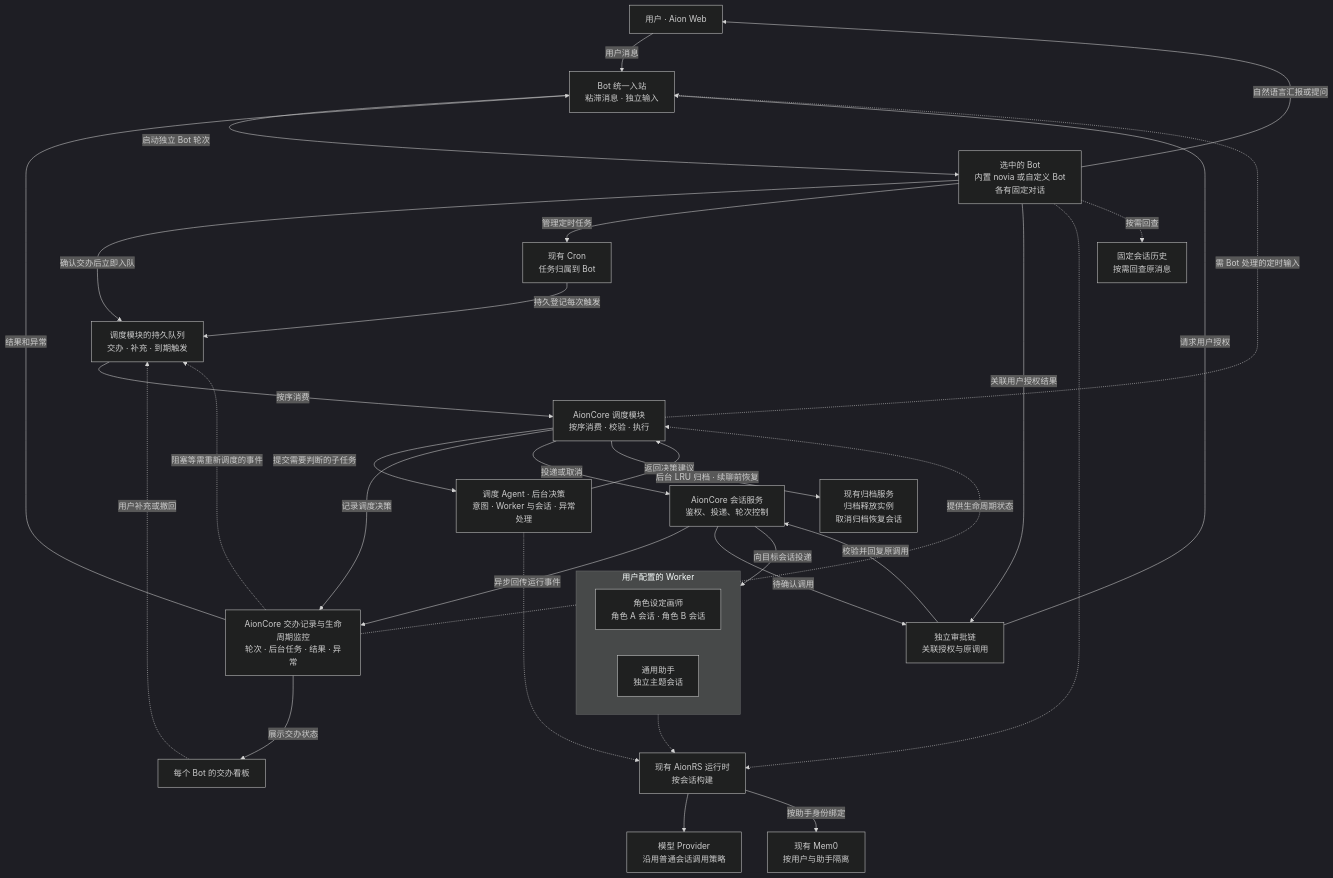
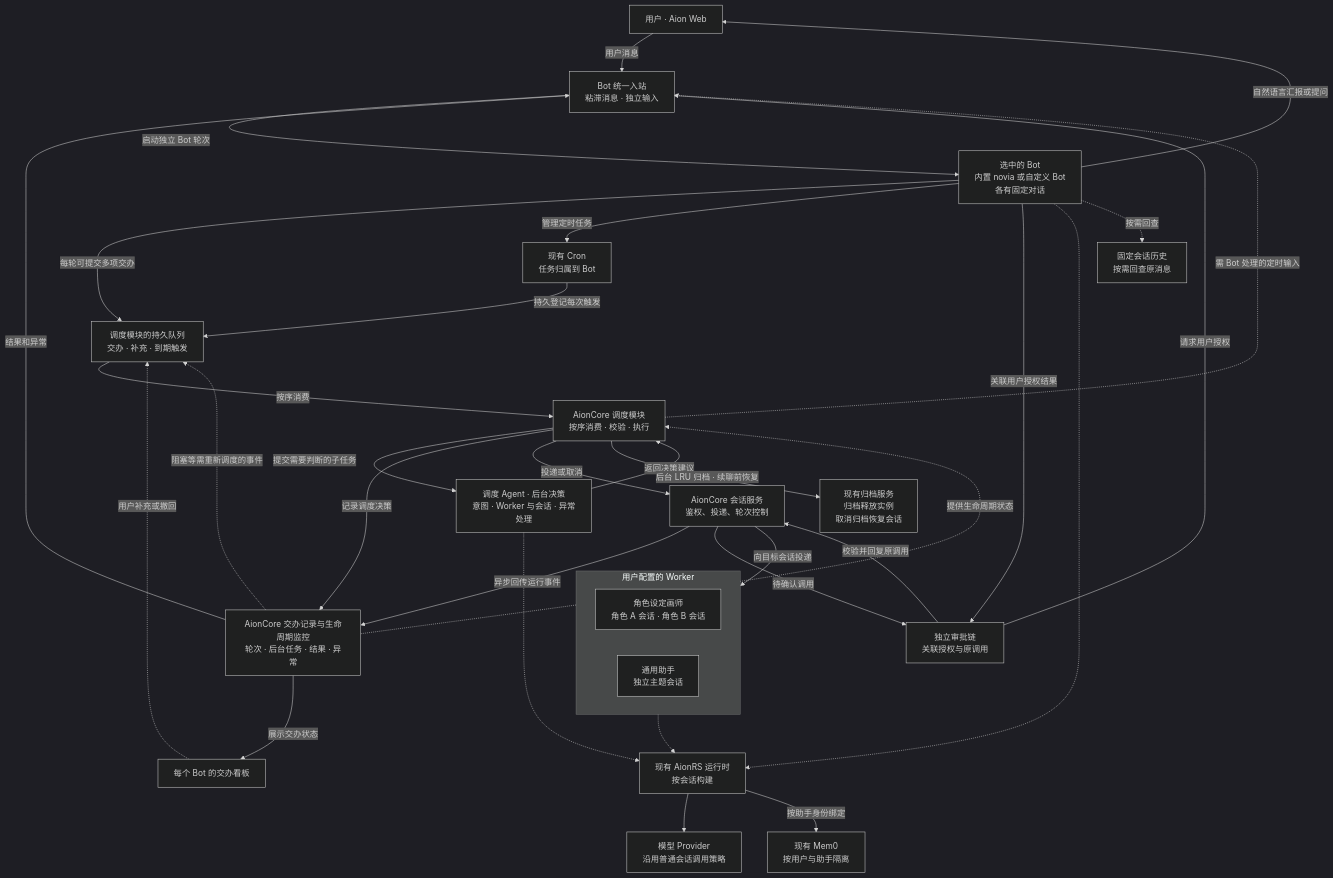
The diagram in docs/assistant-worker-dispatch-prd.md (hoholidayx/Aion), drawn with Mermaid (dark theme) before and after one commit. The commit also changed other lines of this file, not shown here.

Commit message:
docs: allow multiple assignments per Bot turn

````diff
--- a/docs/assistant-worker-dispatch-prd.md
+++ b/docs/assistant-worker-dispatch-prd.md
@@ -25,56 +25,56 @@
 ```mermaid
 flowchart TB
     User["用户 · Aion Web"]
     Bot["选中的 Bot<br/>内置 novia 或自定义 Bot<br/>各有固定对话"]
     Queue["调度模块的持久队列<br/>交办 · 补充 · 到期触发"]
     Dispatch["AionCore 调度模块<br/>按序消费 · 校验 · 执行"]
     Decision["调度 Agent · 后台决策<br/>意图 · Worker 与会话 · 异常处理"]
     Tasks["AionCore 交办记录与生命周期监控<br/>轮次 · 后台任务 · 结果 · 异常"]
     Inbox["Bot 统一入站<br/>粘滞消息 · 独立输入"]
     Approval["独立审批链<br/>关联授权与原调用"]
     Sessions["AionCore 会话服务<br/>鉴权、投递、轮次控制"]
     Cron["现有 Cron<br/>任务归属到 Bot"]
     Board["每个 Bot 的交办看板"]
     Archive["现有归档服务<br/>归档释放实例<br/>取消归档恢复会话"]
     Runtime["现有 AionRS 运行时<br/>按会话构建"]
     Provider["模型 Provider<br/>沿用普通会话调用策略"]
     Memory["现有 Mem0<br/>按用户与助手隔离"]
     History["固定会话历史<br/>按需回查原消息"]
 
     subgraph Workers["用户配置的 Worker"]
         direction LR
         Artist["角色设定画师<br/>角色 A 会话 · 角色 B 会话"]
         General["通用助手<br/>独立主题会话"]
     end
 
     User -->|用户消息| Inbox
-    Bot -->|确认交办后立即入队| Queue
+    Bot -->|每轮可提交多项交办| Queue
     Queue -->|按序消费| Dispatch
     Bot -->|管理定时任务| Cron
     Cron -->|持久登记每次触发| Queue
     Dispatch -->|提交需要判断的子任务| Decision
     Decision -->|返回决策建议| Dispatch
     Dispatch -->|记录调度决策| Tasks
     Dispatch -->|投递或取消| Sessions
     Dispatch -.->|需 Bot 处理的定时输入| Inbox
     Sessions -->|向目标会话投递| Workers
     Sessions -->|异步回传运行事件| Tasks
     Tasks -->|结果和异常| Inbox
     Inbox -->|启动独立 Bot 轮次| Bot
     Bot -->|自然语言汇报或提问| User
     Sessions -->|待确认调用| Approval
     Approval -->|请求用户授权| Inbox
     Bot -->|关联用户授权结果| Approval
     Approval -->|校验并回复原调用| Sessions
     Tasks -->|展示交办状态| Board
     Tasks -.->|阻塞等需重新调度的事件| Queue
     Board -.->|用户补充或撤回| Queue
     Tasks -.->|提供生命周期状态| Dispatch
     Dispatch -->|后台 LRU 归档 · 续聊前恢复| Archive
     Bot -.-> Runtime
     Decision -.-> Runtime
     Workers -.-> Runtime
     Runtime --> Provider
     Runtime -->|按助手身份绑定| Memory
     Bot -.->|按需回查| History
 ```
````
